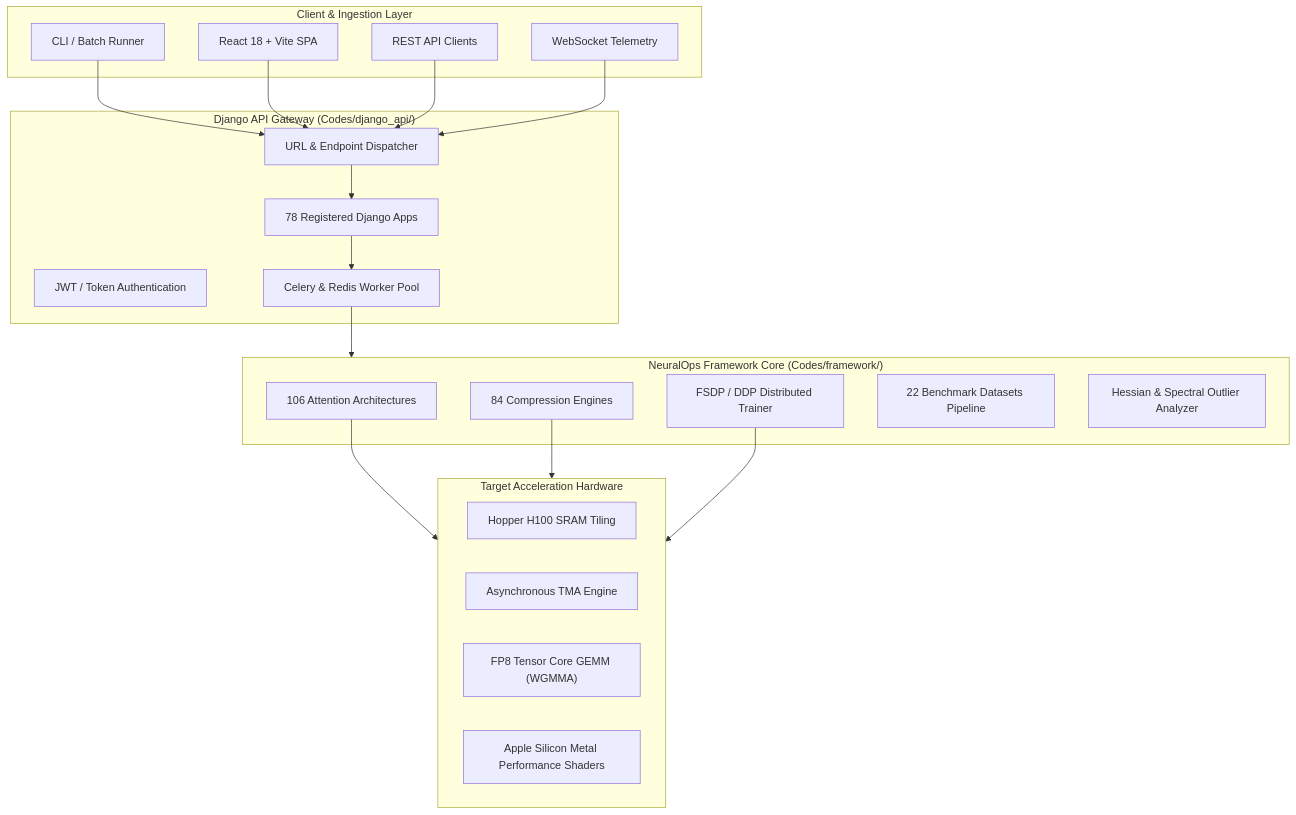
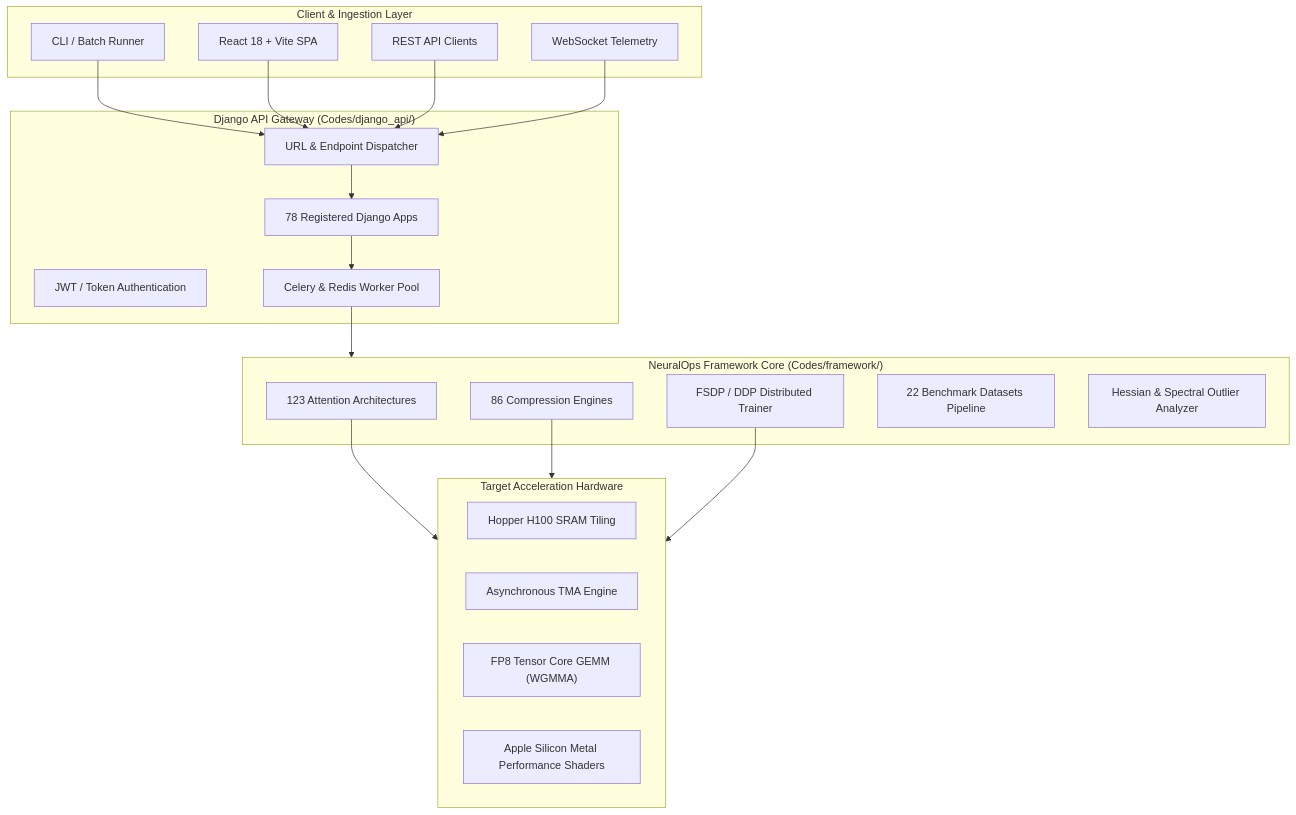
Before and after one commit to tahamajs/NeuralOps: the first of 2 diagrams in Docs/blog/README.md, drawn with Mermaid. The commit also changed other lines of this file and 4 other files, not shown here.

````diff
--- a/Docs/blog/README.md
+++ b/Docs/blog/README.md
@@ -50,44 +50,44 @@
 ```mermaid
 graph TB
     subgraph ClientLayer ["Client & Ingestion Layer"]
         CLI["CLI / Batch Runner"]
         ReactUI["React 18 + Vite SPA"]
         REST["REST API Clients"]
         WS["WebSocket Telemetry"]
     end
 
     subgraph APIGateway ["Django API Gateway (Codes/django_api/)"]
         Auth["JWT / Token Authentication"]
         Router["URL & Endpoint Dispatcher"]
         AppRegistry["78 Registered Django Apps"]
         JobQueue["Celery & Redis Worker Pool"]
     end
 
     subgraph FrameworkCore ["NeuralOps Framework Core (Codes/framework/)"]
-        AttnReg["106 Attention Architectures"]
-        CompReg["84 Compression Engines"]
+        AttnReg["123 Attention Architectures"]
+        CompReg["86 Compression Engines"]
         Trainer["FSDP / DDP Distributed Trainer"]
         DataPipe["22 Benchmark Datasets Pipeline"]
         AnalysisEng["Hessian & Spectral Outlier Analyzer"]
     end
 
     subgraph HardwareExecution ["Target Acceleration Hardware"]
         NV_SRAM["Hopper H100 SRAM Tiling"]
         NV_TMA["Asynchronous TMA Engine"]
         FP8_Units["FP8 Tensor Core GEMM (WGMMA)"]
         Apple_MPS["Apple Silicon Metal Performance Shaders"]
     end
 
     CLI --> Router
     ReactUI --> Router
     REST --> Router
     WS --> Router
 
     Router --> AppRegistry
     AppRegistry --> JobQueue
     JobQueue --> FrameworkCore
 
     AttnReg --> HardwareExecution
     CompReg --> HardwareExecution
     Trainer --> HardwareExecution
 ```
````
